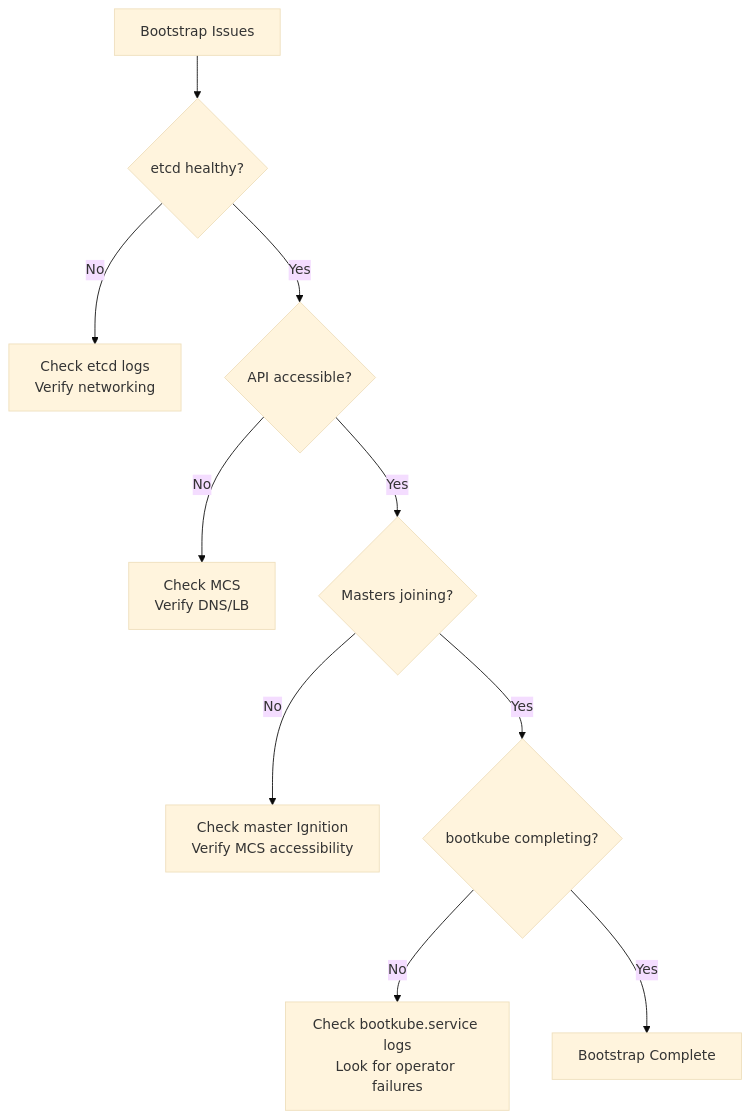
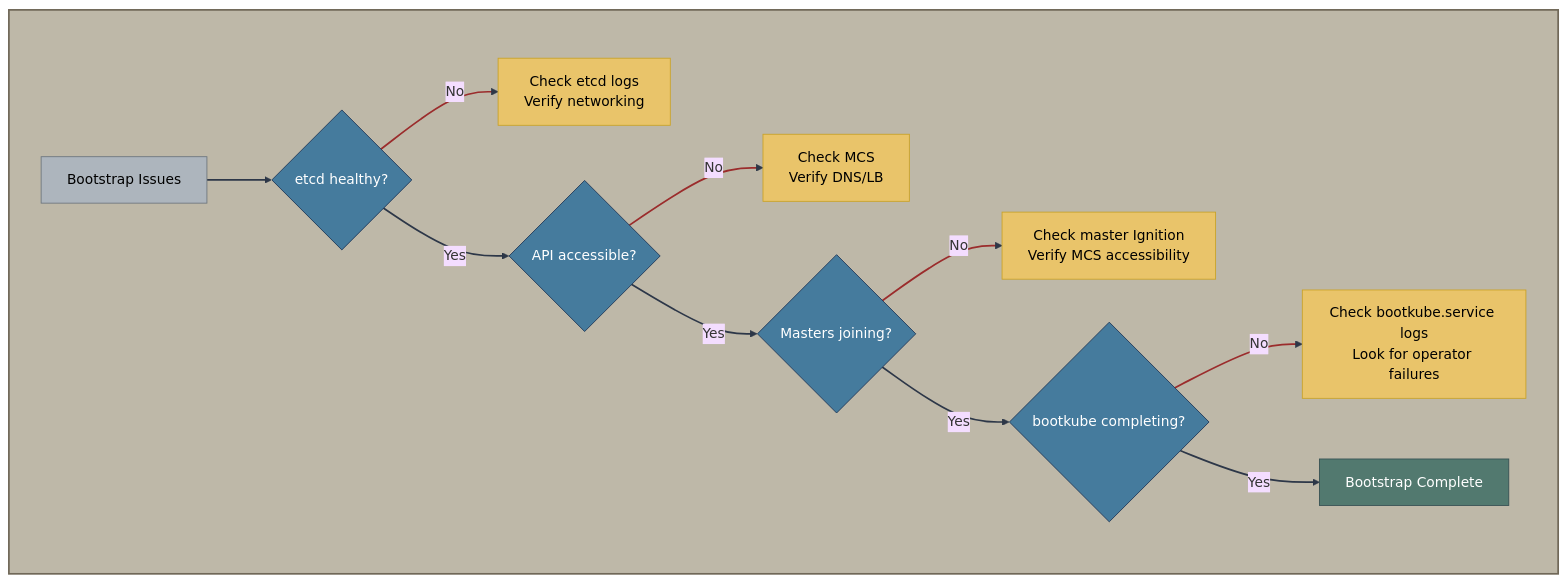
Before and after one commit to zszabo-rh/openshift-install-guide: the fifth of 5 diagrams in 02-traditional-installers/bootstrap-process.md, drawn with Mermaid (base theme). The commit also changed other lines of this file and 16 other files, not shown here.

Commit message:
improved diagram style

````diff
--- a/02-traditional-installers/bootstrap-process.md
+++ b/02-traditional-installers/bootstrap-process.md
@@ -251,15 +310,33 @@
 ```mermaid
 flowchart TD
-    START[Bootstrap Issues] --> Q1{etcd healthy?}
-    Q1 -->|No| E1[Check etcd logs<br/>Verify networking]
-    Q1 -->|Yes| Q2{API accessible?}
+    subgraph background[" "]
+        START[Bootstrap Issues] --> Q1{etcd healthy?}
+        Q1 -->|No| E1[Check etcd logs<br/>Verify networking]
+        Q1 -->|Yes| Q2{API accessible?}
+        
+        Q2 -->|No| E2[Check MCS<br/>Verify DNS/LB]
+        Q2 -->|Yes| Q3{Masters joining?}
+        
+        Q3 -->|No| E3[Check master Ignition<br/>Verify MCS accessibility]
+        Q3 -->|Yes| Q4{bootkube completing?}
+        
+        Q4 -->|No| E4[Check bootkube.service logs<br/>Look for operator failures]
+        Q4 -->|Yes| SUCCESS[Bootstrap Complete]
+    end
     
-    Q2 -->|No| E2[Check MCS<br/>Verify DNS/LB]
-    Q2 -->|Yes| Q3{Masters joining?}
+    style START fill:#adb5bd,stroke:#6c757d,color:#000
+    style Q1 fill:#457b9d,stroke:#1d3557,color:#fff
+    style Q2 fill:#457b9d,stroke:#1d3557,color:#fff
+    style Q3 fill:#457b9d,stroke:#1d3557,color:#fff
+    style Q4 fill:#457b9d,stroke:#1d3557,color:#fff
+    style E1 fill:#e9c46a,stroke:#c9a227,color:#000
+    style E2 fill:#e9c46a,stroke:#c9a227,color:#000
+    style E3 fill:#e9c46a,stroke:#c9a227,color:#000
+    style E4 fill:#e9c46a,stroke:#c9a227,color:#000
+    style SUCCESS fill:#52796f,stroke:#354f52,color:#fff
     
-    Q3 -->|No| E3[Check master Ignition<br/>Verify MCS accessibility]
-    Q3 -->|Yes| Q4{bootkube completing?}
+    style background fill:#beb8a8,stroke:#706858,stroke-width:2px,color:#2d2d2d
     
-    Q4 -->|No| E4[Check bootkube.service logs<br/>Look for operator failures]
-    Q4 -->|Yes| SUCCESS[Bootstrap Complete]
+    linkStyle default stroke:#2d3748,stroke-width:2px
+    linkStyle 1,3,5,7 stroke:#9b2c2c,stroke-width:2px
 ```
````
